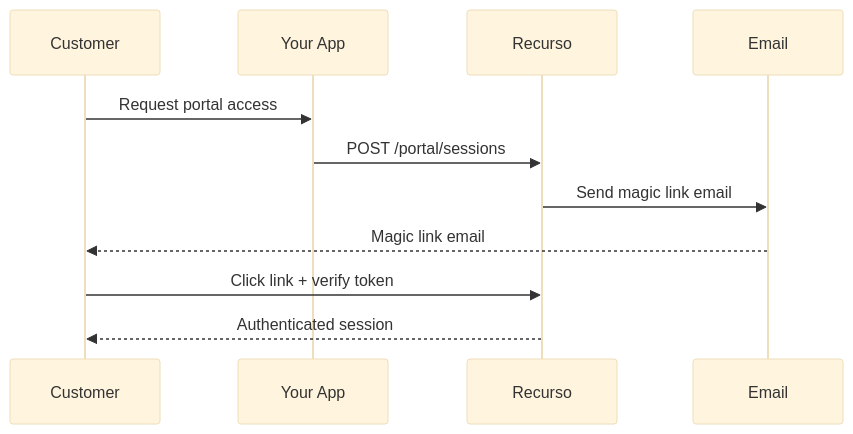
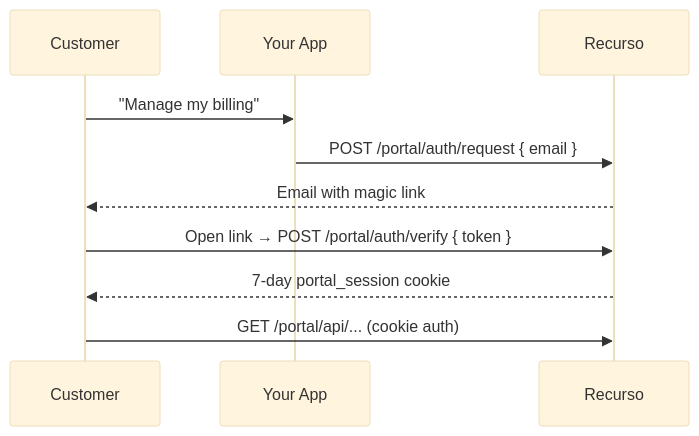
Before and after one commit to swapnull-in/docs: the diagram in portal/magic-links.mdx, drawn with Mermaid (base theme). The commit also changed other lines of this file and 5 other files, not shown here.

````diff
--- a/portal/magic-links.mdx
+++ b/portal/magic-links.mdx
@@ -12,14 +60,12 @@
 ```mermaid
 sequenceDiagram
     participant C as Customer
     participant A as Your App
     participant R as Recurso
-    participant E as Email
-    
-    C->>A: Request portal access
-    A->>R: POST /portal/sessions
-    R->>E: Send magic link email
-    E-->>C: Magic link email
-    C->>R: Click link + verify token
-    R-->>C: Authenticated session
+    C->>A: "Manage my billing"
+    A->>R: POST /portal/auth/request { email }
+    R-->>C: Email with magic link
+    C->>R: Open link → POST /portal/auth/verify { token }
+    R-->>C: 7-day portal_session cookie
+    C->>R: GET /portal/api/... (cookie auth)
 ```
````
